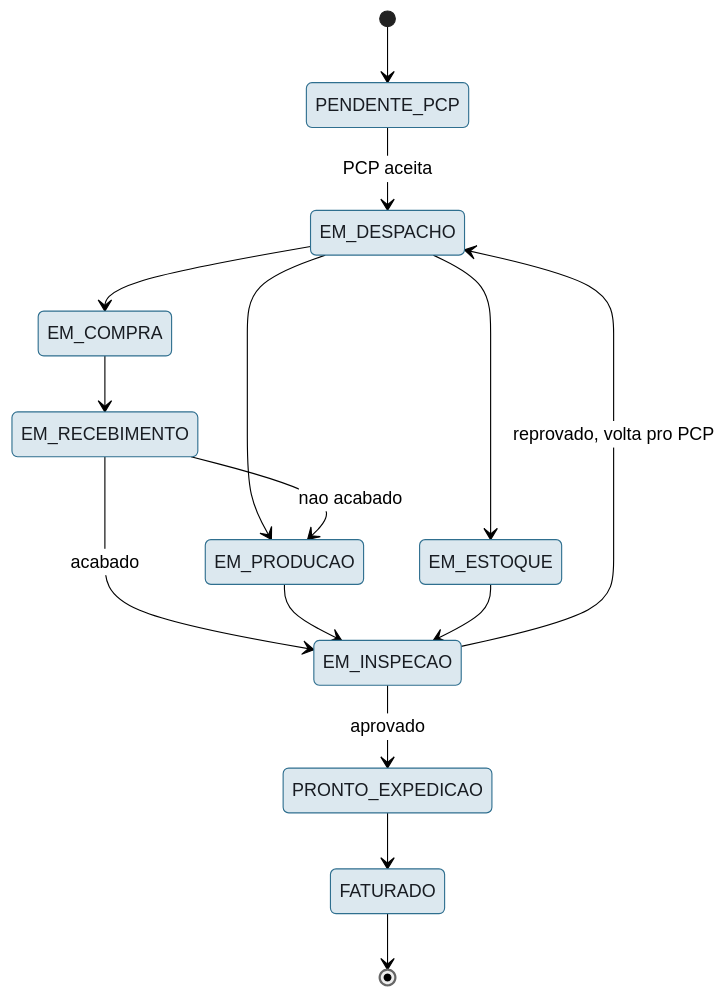
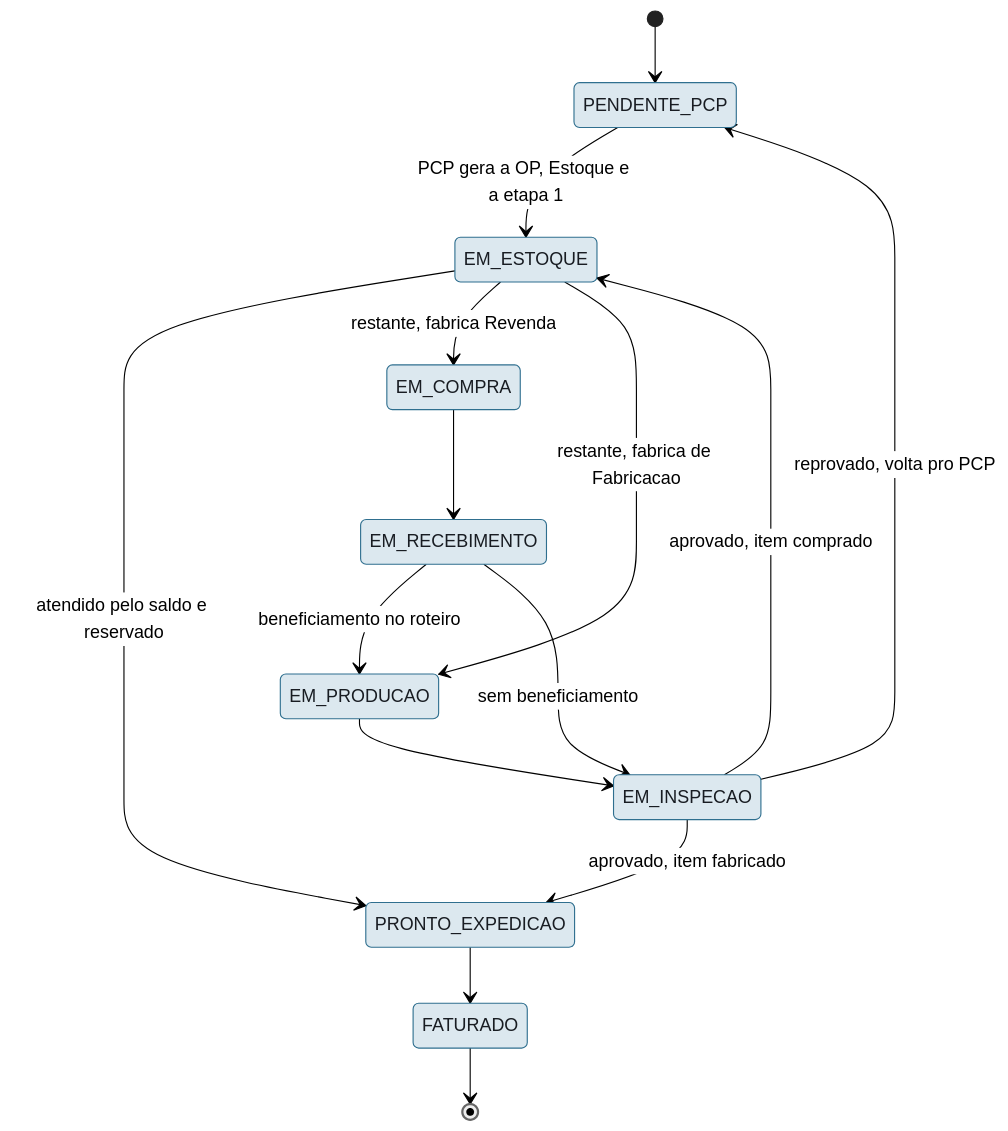
Before and after one commit to Acosvital/vault-avhub-mer: diagram 14 of 28 in 04-Arquitetura-Transversal/Diagramas-UML.md, drawn with Mermaid (neutral theme). The commit also changed other lines of this file and 36 other files, not shown here.

First line of the commit message:
Encaixe do Estoque e da Revenda no fluxo do PCP (MES)

````diff
--- a/04-Arquitetura-Transversal/Diagramas-UML.md
+++ b/04-Arquitetura-Transversal/Diagramas-UML.md
@@ -869,20 +896,20 @@
 ```mermaid
 stateDiagram-v2
     [*] --> PENDENTE_PCP
-    PENDENTE_PCP --> EM_DESPACHO : PCP aceita
-    EM_DESPACHO --> EM_COMPRA
-    EM_DESPACHO --> EM_PRODUCAO
-    EM_DESPACHO --> EM_ESTOQUE
+    PENDENTE_PCP --> EM_ESTOQUE : PCP gera a OP, Estoque e a etapa 1
+    EM_ESTOQUE --> PRONTO_EXPEDICAO : atendido pelo saldo e reservado
+    EM_ESTOQUE --> EM_COMPRA : restante, fabrica Revenda
+    EM_ESTOQUE --> EM_PRODUCAO : restante, fabrica de Fabricacao
     EM_COMPRA --> EM_RECEBIMENTO
-    EM_RECEBIMENTO --> EM_PRODUCAO : nao acabado
-    EM_RECEBIMENTO --> EM_INSPECAO : acabado
+    EM_RECEBIMENTO --> EM_PRODUCAO : beneficiamento no roteiro
+    EM_RECEBIMENTO --> EM_INSPECAO : sem beneficiamento
     EM_PRODUCAO --> EM_INSPECAO
-    EM_ESTOQUE --> EM_INSPECAO
-    EM_INSPECAO --> EM_DESPACHO : reprovado, volta pro PCP
-    EM_INSPECAO --> PRONTO_EXPEDICAO : aprovado
+    EM_INSPECAO --> PENDENTE_PCP : reprovado, volta pro PCP
+    EM_INSPECAO --> EM_ESTOQUE : aprovado, item comprado
+    EM_INSPECAO --> PRONTO_EXPEDICAO : aprovado, item fabricado
     PRONTO_EXPEDICAO --> FATURADO
     FATURADO --> [*]
 
     classDef pcpStyle fill:#dce8ef,stroke:#2f6f8f,color:#181c22
-    class PENDENTE_PCP,EM_DESPACHO,EM_COMPRA,EM_PRODUCAO,EM_ESTOQUE,EM_RECEBIMENTO,EM_INSPECAO,PRONTO_EXPEDICAO,FATURADO pcpStyle
+    class PENDENTE_PCP,EM_COMPRA,EM_PRODUCAO,EM_ESTOQUE,EM_RECEBIMENTO,EM_INSPECAO,PRONTO_EXPEDICAO,FATURADO pcpStyle
 ```
````
